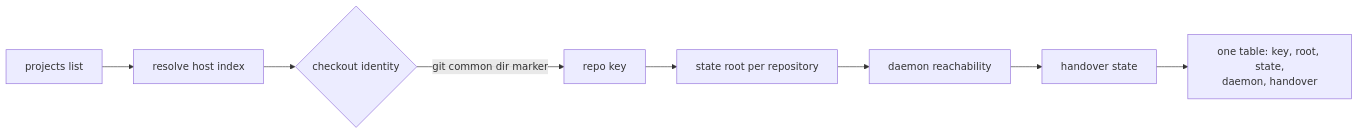
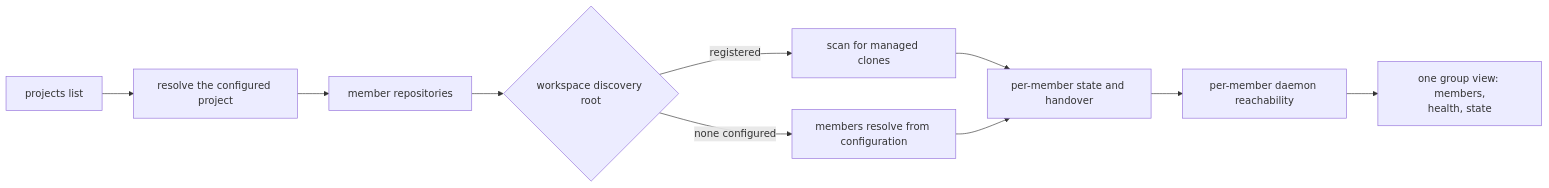
One commit to juliusz-cwiakalski/agentic-delivery-os changed the fourth of 11 diagrams in doc/planning/oss-tooling/milestones/m2/architecture.md. Above: the diagram before and after it, drawn with Mermaid. The commit also changed other lines of this file and 2 other files, not shown here.

Commit message:
chore(GH-303): update doc/changes/2026-11/2026-11-11--GH-303--project-g…

````diff
--- a/doc/planning/oss-tooling/milestones/m2/architecture.md
+++ b/doc/planning/oss-tooling/milestones/m2/architecture.md
@@ -134,10 +157,12 @@
 ```mermaid
 flowchart LR
-    A[projects list] --> B[resolve host index]
-    B --> C{checkout identity}
-    C -->|git common dir marker| D[repo key]
-    D --> E[state root per repository]
-    E --> F[daemon reachability]
-    F --> G[handover state]
-    G --> H[one table: key, root, state,<br/>daemon, handover]
+    A[projects list] --> B[resolve the configured project]
+    B --> C[member repositories]
+    C --> D{workspace discovery root}
+    D -->|registered| E[scan for managed clones]
+    D -->|none configured| F[members resolve from configuration]
+    E --> G[per-member state and handover]
+    F --> G
+    G --> H[per-member daemon reachability]
+    H --> I[one group view: members,<br/>health, state]
 ```
````
